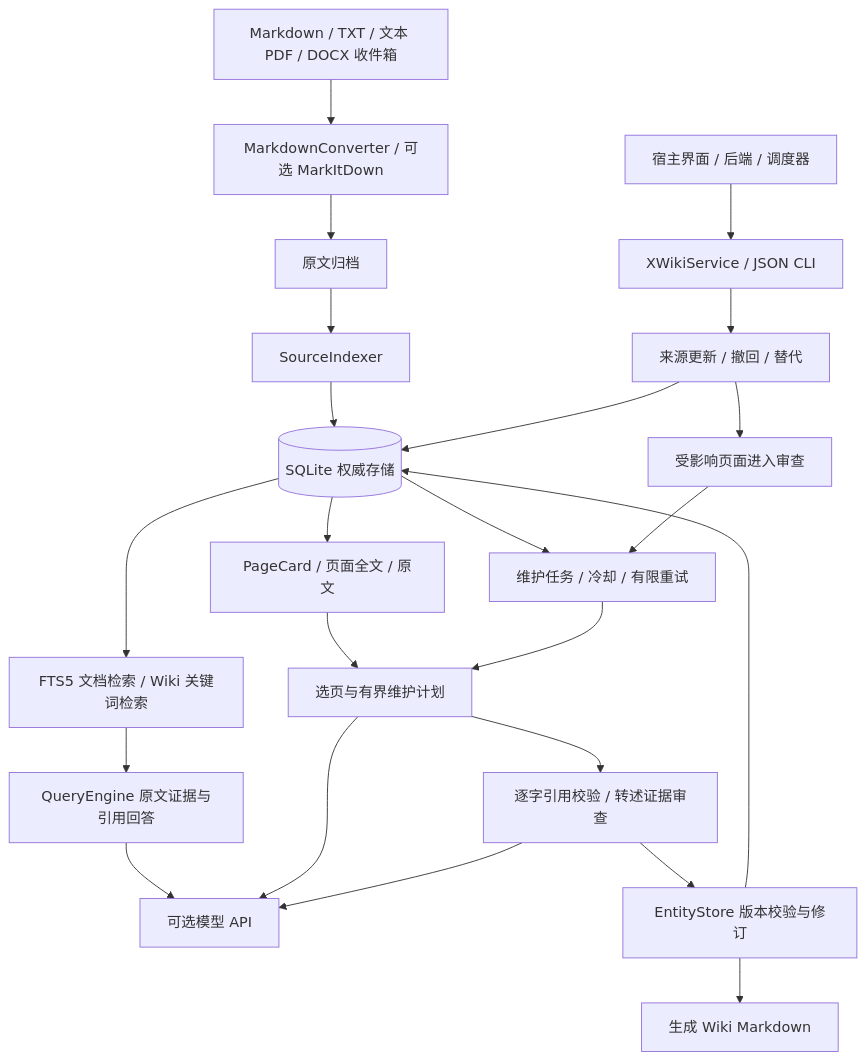
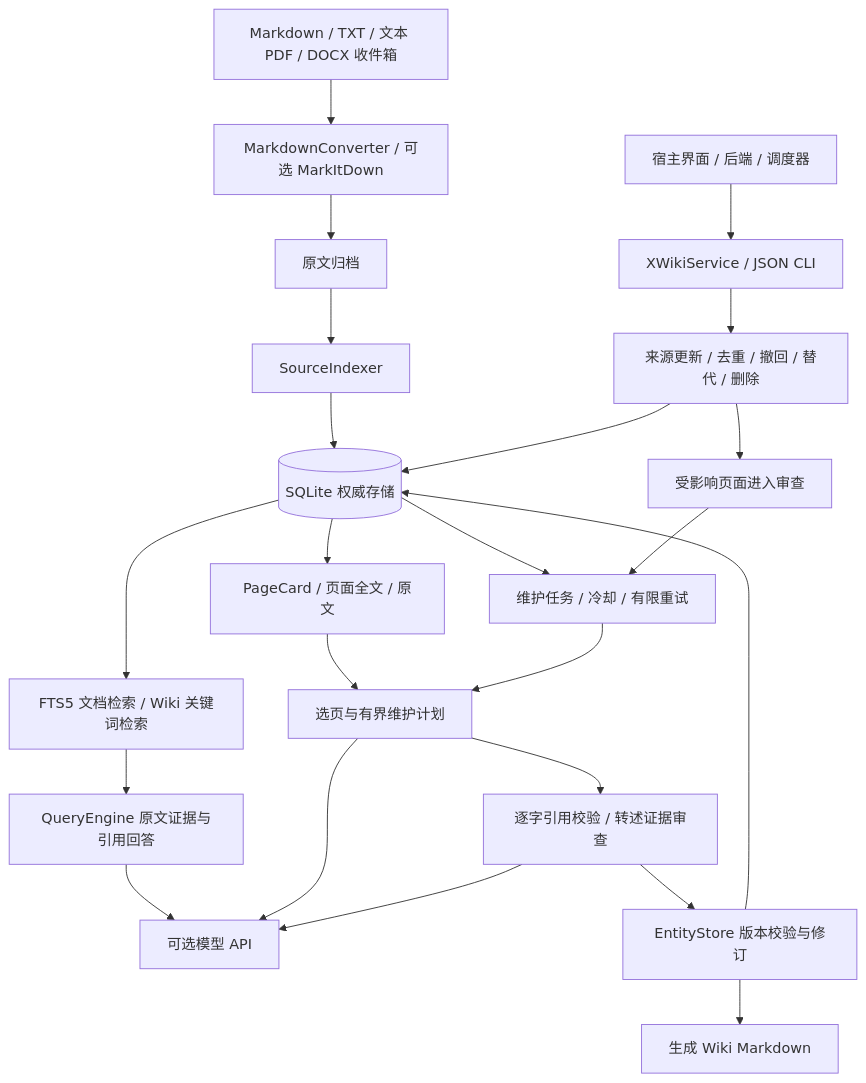
One commit to CY202227/xWiki changed the diagram in docs/architecture.md. Above: the diagram before and after it, drawn with Mermaid. The commit also changed 14 other files, not shown here.

````diff
--- a/docs/architecture.md
+++ b/docs/architecture.md
@@ -5,25 +5,25 @@
 ```mermaid
 flowchart TD
     Host[宿主界面 / 后端 / 调度器] --> Service[XWikiService / JSON CLI]
     Inbox[Markdown / TXT / 文本 PDF / DOCX 收件箱] --> Convert[MarkdownConverter / 可选 MarkItDown]
     Convert --> Archive[原文归档]
     Archive --> Index[SourceIndexer]
     Index --> DB[(SQLite 权威存储)]
     DB --> Lexical[FTS5 文档检索 / Wiki 关键词检索]
     Lexical --> Query[QueryEngine 原文证据与引用回答]
     Query --> LLM[可选模型 API]
     DB --> Cards[PageCard / 页面全文 / 原文]
     Cards --> Plan[选页与有界维护计划]
     Plan --> Evidence[逐字引用校验 / 转述证据审查]
     Evidence --> Store[EntityStore 版本校验与修订]
     Store --> DB
     Store --> Markdown[生成 Wiki Markdown]
     DB --> Queue[维护任务 / 冷却 / 有限重试]
     Queue --> Plan
     Plan --> LLM
     Evidence --> LLM
-    Service --> Lifecycle[来源更新 / 撤回 / 替代]
+    Service --> Lifecycle[来源更新 / 去重 / 撤回 / 替代 / 删除]
     Lifecycle --> DB
     Lifecycle --> Review[受影响页面进入审查]
     Review --> Queue
 ```
````
